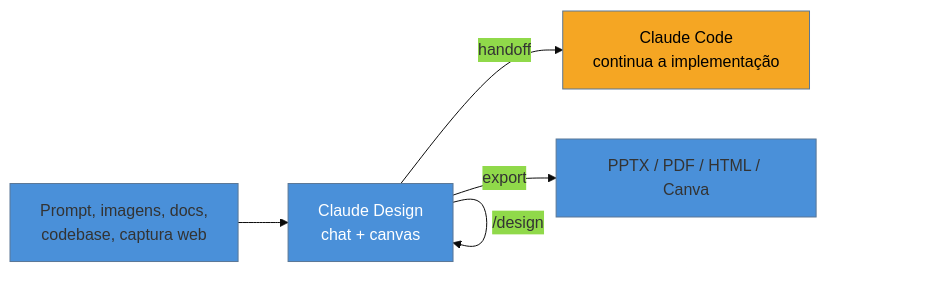
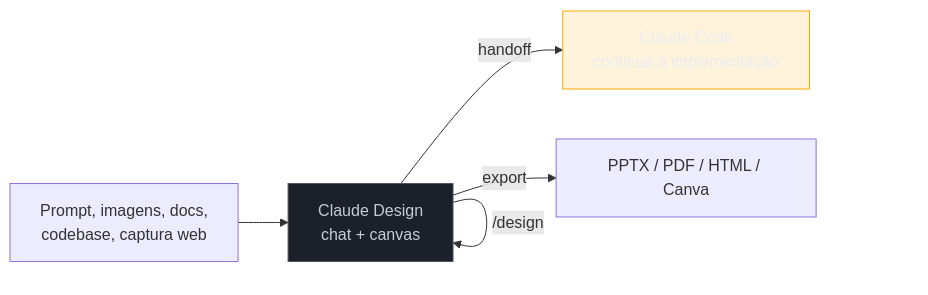
Before and after one commit to josenaldo/codex-technomanticus: the diagram in 03-Dominios/Tecnologia/Ferramentas de Design/03 - Claude Design e o handoff bundle.md, drawn with Mermaid. The commit also changed 1181 other files, not shown here.

First line of the commit message:
fix(diagramas): paleta do sistema no lugar de cor cravada no markdown

````diff
--- a/03-Dominios/Tecnologia/Ferramentas de Design/03 - Claude Design e o handoff bundle.md
+++ b/03-Dominios/Tecnologia/Ferramentas de Design/03 - Claude Design e o handoff bundle.md
@@ -36,11 +36,12 @@
 ```mermaid
-%%{init: {"theme": "base", "themeVariables": {"primaryColor": "#4A90D9"}}}%%
 graph LR
+    classDef neutro fill:#1B2029,stroke:#4E5666,color:#C6CCD8
+    classDef destaque fill:#FFAA0024,stroke:#FFAA00,color:#E9ECF2
     IN["Prompt, imagens, docs,<br/>codebase, captura web"] --> CD["Claude Design<br/>chat + canvas"]
     CD -->|refina| CD
     CD -->|"/design"| CD
     CD -->|handoff| CC["Claude Code<br/>continua a implementação"]
     CD -->|export| OUT["PPTX / PDF / HTML / Canva"]
-    style CD fill:#4A90D9,color:#fff
-    style CC fill:#F5A623,color:#000
+    class CD neutro
+    class CC destaque
 ```
````
